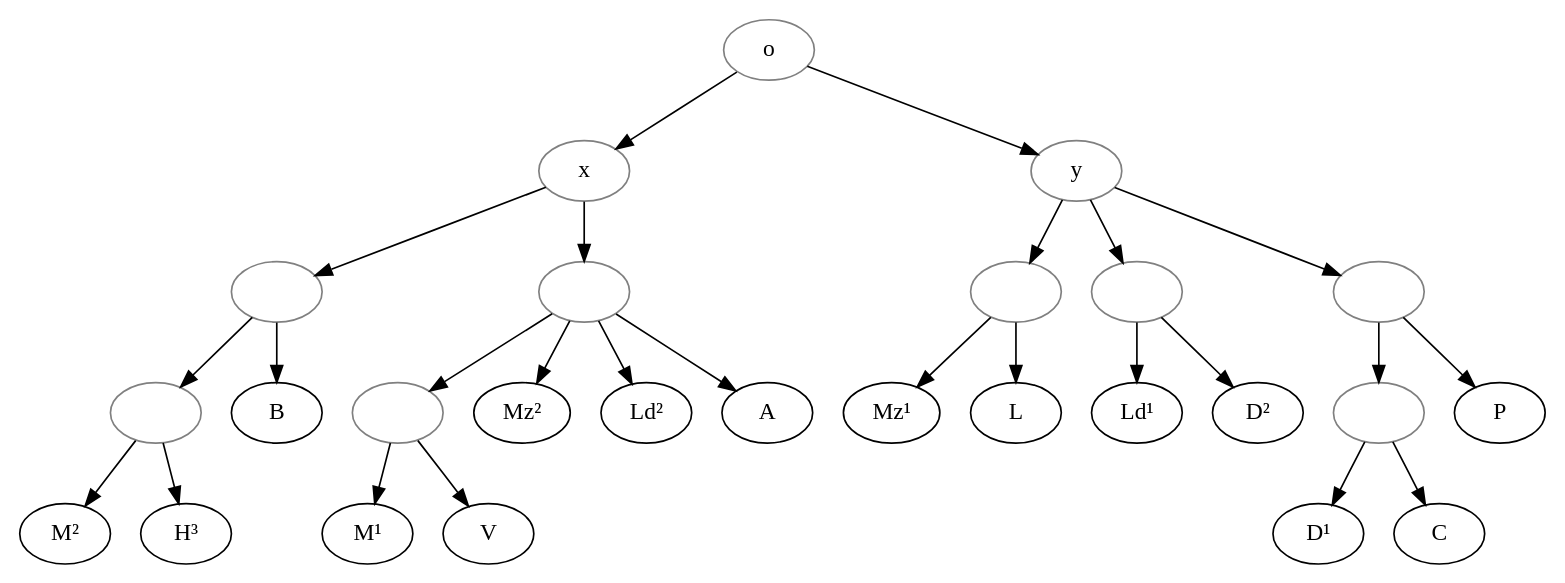
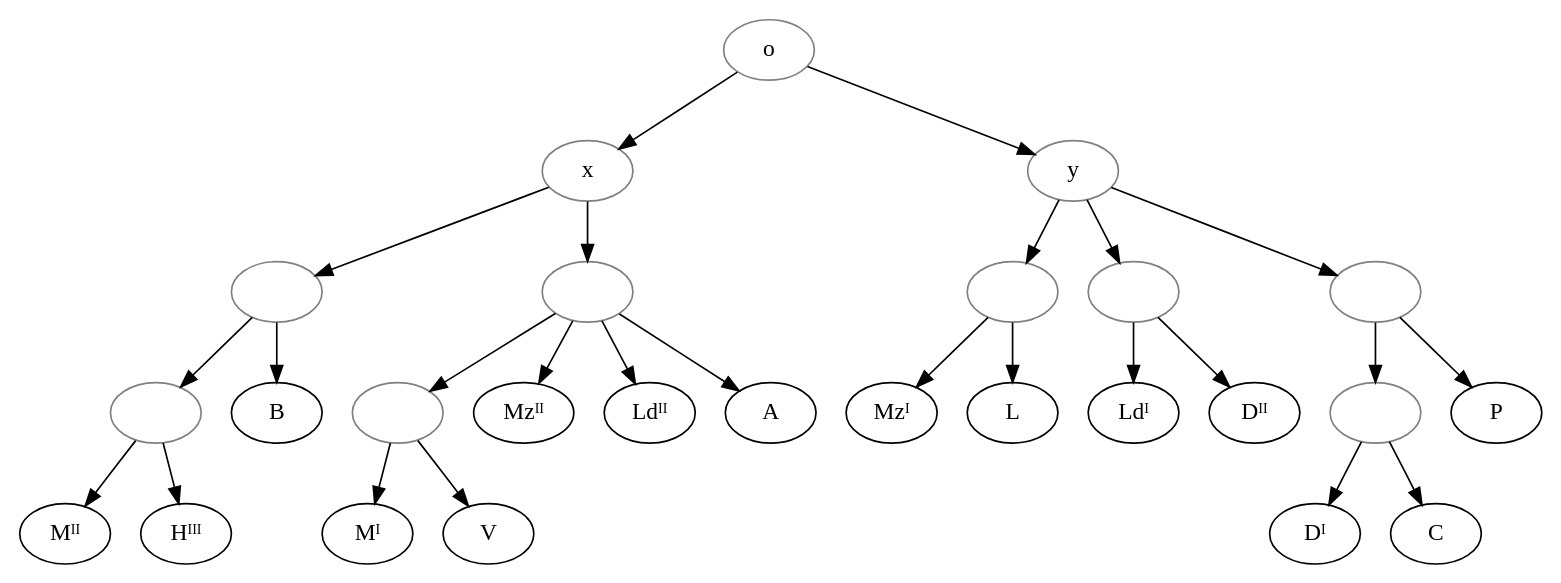
The diagram in data/fro/Korte_1914_RenMont6/stemma.gv (OpenStemmata/database), drawn with Graphviz before and after one commit. The commit also changed 5 other files, not shown here.

```diff
--- a/data/fro/Korte_1914_RenMont6/stemma.gv
+++ b/data/fro/Korte_1914_RenMont6/stemma.gv
@@ -1,51 +1,51 @@
 digraph {
 
     o[color="grey"];
     x[color="grey"];
     y[color="grey"];
     1[color="grey", label=""];
     2[color="grey", label=""];
     3[color="grey", label=""];
     4[color="grey", label=""];
     5[color="grey", label=""];
     6[color="grey", label=""];
     7[color="grey", label=""];
     8[color="grey", label=""];
 
-    M1[label="M¹"];    
-    Mz1[label="Mz¹"];
-    Mz2[label="Mz²"];
-    Ld1[label="Ld¹"];
-    Ld2[label="Ld²"];
-    D1[label="D¹"];
-    D2[label="D²"];
-    M2[label="M²"];
-    H3[label="H³"];
+    M1[label="Mᴵ"];    
+    Mz1[label="Mzᴵ"];
+    Mz2[label="Mzᴵᴵ"];
+    Ld1[label="Ldᴵ"];
+    Ld2[label="Ldᴵᴵ"];
+    D1[label="Dᴵ"];
+    D2[label="Dᴵᴵ"];
+    M2[label="Mᴵᴵ"];
+    H3[label="Hᴵᴵᴵ"];
 
     o->y;
     y->1;
     1->L;
     1->Mz1;
     y->2;
     2->Ld1;
     2->D2;
     y->3;
     3->P;
     3->4;
     4->C;
     4->D1;
     o->x;
     x->5;
     5->B;
     5->6;
     6->M2;
     6->H3;
     x->7;
     7->A;
     7->Ld2;
     7->8;
     8->M1;
     8->V;
     7->Mz2;
     
 }
```
